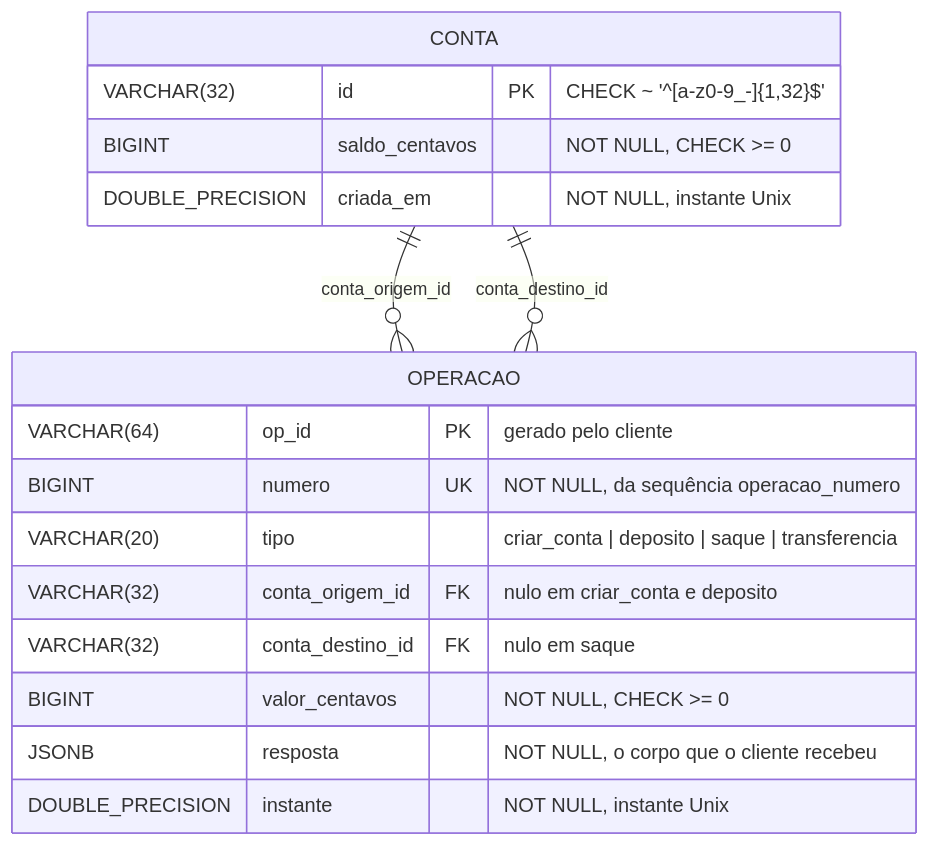
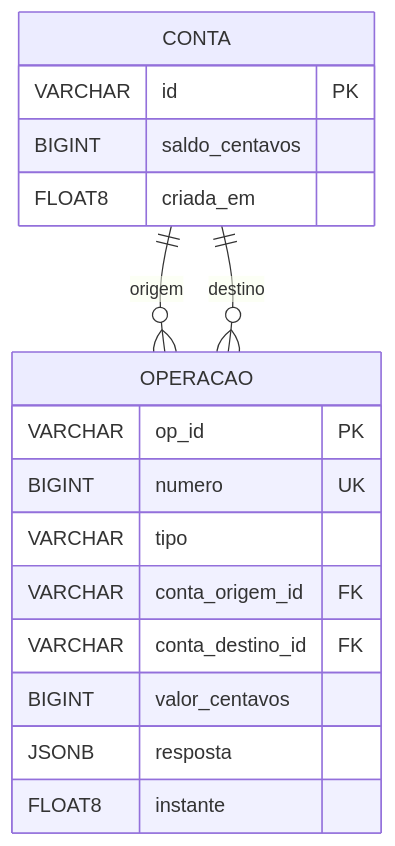
Before and after one commit to PauloRPinedo/banco-distribuido: the diagram in prototipo-1/README.md, drawn with Mermaid. The commit also changed other lines of this file, not shown here.

Commit message:
Simplifica o diagrama da base para o GitHub o desenhar
O diagrama não aparecia no GitHub. A causa mais provável são os parênteses nos
tipos e os caracteres especiais nos comentários, que a versão do Mermaid que o
GitHub corre não aceita.

Fica com a sintaxe conservadora que o resto do repositório já usa, e o detalhe
— tamanhos, CHECK, o que é nulo em cada operação — passa para uma tabela em
markdown, que aparece sempre.

````diff
--- a/prototipo-1/README.md
+++ b/prototipo-1/README.md
@@ -157,22 +157,22 @@
 ```mermaid
 erDiagram
-    CONTA ||--o{ OPERACAO : "conta_origem_id"
-    CONTA ||--o{ OPERACAO : "conta_destino_id"
+    CONTA ||--o{ OPERACAO : origem
+    CONTA ||--o{ OPERACAO : destino
 
     CONTA {
-        VARCHAR(32) id PK "CHECK ~ '^[a-z0-9_-]{1,32}$'"
-        BIGINT saldo_centavos "NOT NULL, CHECK >= 0"
-        DOUBLE_PRECISION criada_em "NOT NULL, instante Unix"
+        VARCHAR id PK
+        BIGINT saldo_centavos
+        FLOAT8 criada_em
     }
 
     OPERACAO {
-        VARCHAR(64) op_id PK "gerado pelo cliente"
-        BIGINT numero UK "NOT NULL, da sequência operacao_numero"
-        VARCHAR(20) tipo "criar_conta | deposito | saque | transferencia"
-        VARCHAR(32) conta_origem_id FK "nulo em criar_conta e deposito"
-        VARCHAR(32) conta_destino_id FK "nulo em saque"
-        BIGINT valor_centavos "NOT NULL, CHECK >= 0"
-        JSONB resposta "NOT NULL, o corpo que o cliente recebeu"
-        DOUBLE_PRECISION instante "NOT NULL, instante Unix"
+        VARCHAR op_id PK
+        BIGINT numero UK
+        VARCHAR tipo
+        VARCHAR conta_origem_id FK
+        VARCHAR conta_destino_id FK
+        BIGINT valor_centavos
+        JSONB resposta
+        FLOAT8 instante
     }
 ```
````
